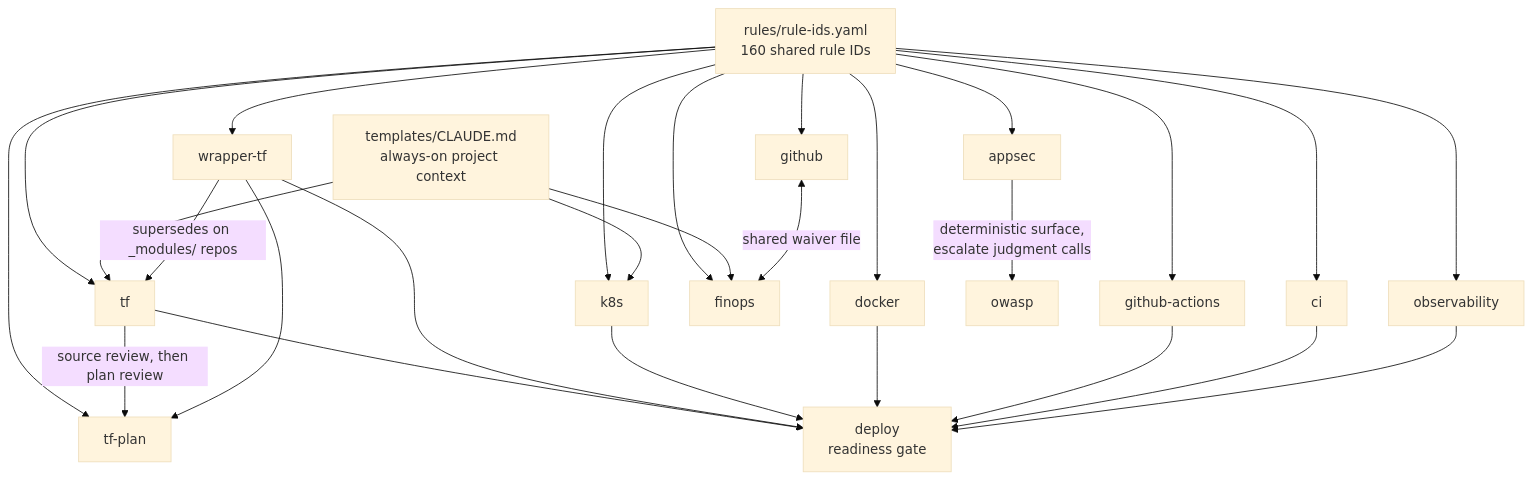
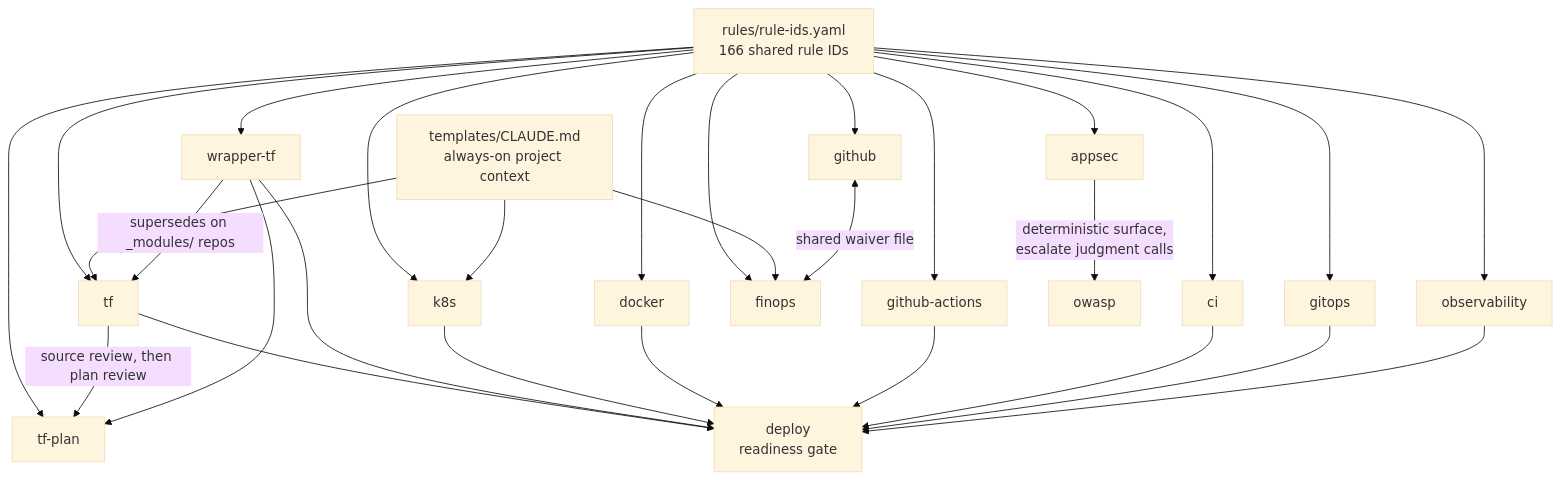
The diagram in README.md (anmolnagpal/devops-skills), drawn with Mermaid (base theme) before and after one commit. The commit also changed other lines of this file and 18 other files, not shown here.

````diff
--- a/README.md
+++ b/README.md
@@ -244,49 +245,52 @@
 ```mermaid
 flowchart TD
-    REG["rules/rule-ids.yaml<br/>160 shared rule IDs"]
+    REG["rules/rule-ids.yaml<br/>166 shared rule IDs"]
     CTX["templates/CLAUDE.md<br/>always-on project context"]
 
     TF["tf"]
     WTF["wrapper-tf"]
     TFP["tf-plan"]
     K8S["k8s"]
     DOCK["docker"]
     GHA["github-actions"]
     CI["ci"]
+    GOP["gitops"]
     DEP["deploy<br/>readiness gate"]
     GH["github"]
     FIN["finops"]
     OBS["observability"]
     OW["owasp"]
     APP["appsec"]
 
     REG --> TF
     REG --> WTF
     REG --> TFP
     REG --> K8S
     REG --> DOCK
     REG --> GHA
     REG --> CI
+    REG --> GOP
     REG --> GH
     REG --> APP
     REG --> FIN
     REG --> OBS
     CTX --> TF
     CTX --> K8S
     CTX --> FIN
 
     WTF -->|"supersedes on _modules/ repos"| TF
     TF -->|"source review, then plan review"| TFP
     WTF --> TFP
 
     TF --> DEP
     WTF --> DEP
     K8S --> DEP
     DOCK --> DEP
     GHA --> DEP
     CI --> DEP
+    GOP --> DEP
     OBS --> DEP
 
     GH <-->|"shared waiver file"| FIN
     APP -->|"deterministic surface,<br/>escalate judgment calls"| OW
 ```
````
